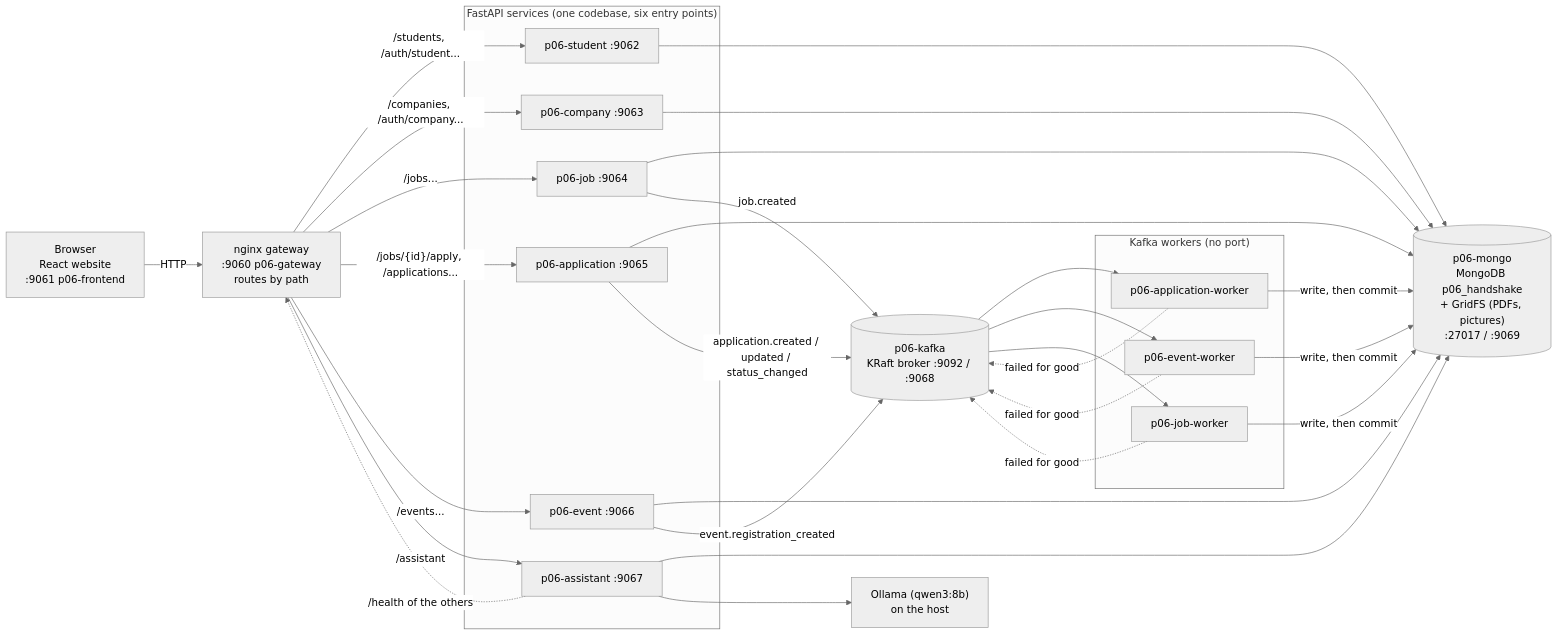
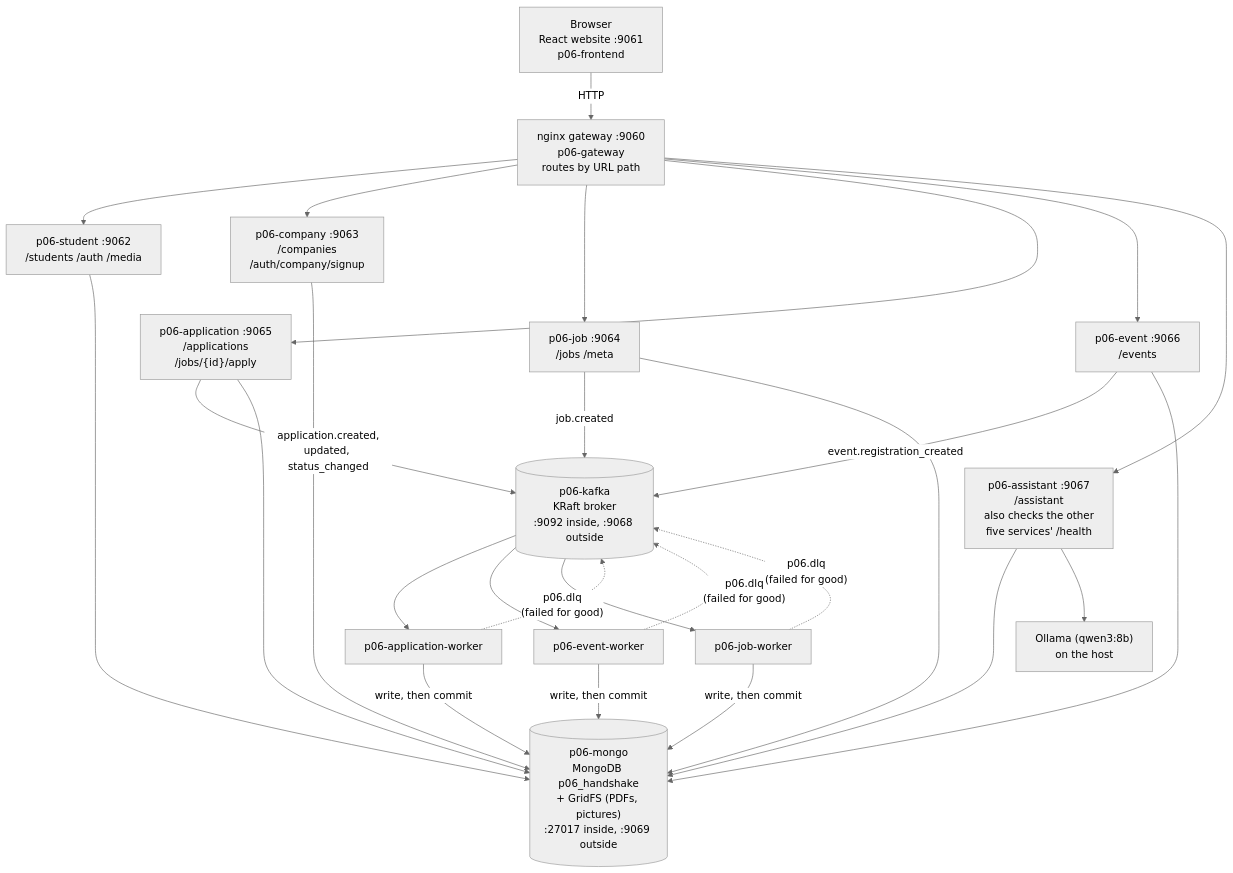
Before and after one commit to UdayPate/data260-pair06: the first of 3 diagrams in docs/lab2/ARCHITECTURE.md, drawn with Mermaid (neutral theme). The commit also changed other lines of this file and 11 other files, not shown here.

Commit message:
Lab 2: my report sections, AI_USE, diagrams fixed and rendered

````diff
--- a/docs/lab2/ARCHITECTURE.md
+++ b/docs/lab2/ARCHITECTURE.md
@@ -7,44 +7,31 @@
 ```mermaid
-flowchart LR
-    browser["Browser<br/>React website<br/>:9061 p06-frontend"]
-    gw["nginx gateway<br/>:9060 p06-gateway<br/>routes by path"]
-
-    subgraph apis["FastAPI services (one codebase, six entry points)"]
-        stu["p06-student :9062"]
-        com["p06-company :9063"]
-        job["p06-job :9064"]
-        app["p06-application :9065"]
-        evt["p06-event :9066"]
-        ai["p06-assistant :9067"]
-    end
-
-    subgraph workers["Kafka workers (no port)"]
-        wa["p06-application-worker"]
-        we["p06-event-worker"]
-        wj["p06-job-worker"]
-    end
-
-    kafka[("p06-kafka<br/>KRaft broker :9092 / :9068")]
-    mongo[("p06-mongo<br/>MongoDB p06_handshake<br/>+ GridFS (PDFs, pictures)<br/>:27017 / :9069")]
+flowchart TB
+    browser["Browser<br/>React website :9061<br/>p06-frontend"]
+    gw["nginx gateway :9060<br/>p06-gateway<br/>routes by URL path"]
+    stu["p06-student :9062<br/>/students /auth /media"]
+    com["p06-company :9063<br/>/companies<br/>/auth/company/signup"]
+    job["p06-job :9064<br/>/jobs /meta"]
+    app["p06-application :9065<br/>/applications<br/>/jobs/{id}/apply"]
+    evt["p06-event :9066<br/>/events"]
+    ai["p06-assistant :9067<br/>/assistant<br/>also checks the other<br/>five services' /health"]
+    kafka[("p06-kafka<br/>KRaft broker<br/>:9092 inside, :9068 outside")]
+    wa["p06-application-worker"]
+    we["p06-event-worker"]
+    wj["p06-job-worker"]
+    mongo[("p06-mongo<br/>MongoDB p06_handshake<br/>+ GridFS (PDFs, pictures)<br/>:27017 inside, :9069 outside")]
     ollama["Ollama (qwen3:8b)<br/>on the host"]
 
-    browser -->|"HTTP"| gw
-    gw -->|"/students, /auth/student..."| stu
-    gw -->|"/companies, /auth/company..."| com
-    gw -->|"/jobs..."| job
-    gw -->|"/jobs/{id}/apply, /applications..."| app
-    gw -->|"/events..."| evt
-    gw -->|"/assistant"| ai
-
-    stu & com & job & app & evt & ai --> mongo
-    ai -.->|"/health of the others"| gw
-    ai --> ollama
-
-    app -->|"application.created / updated / status_changed"| kafka
+    browser -->|HTTP| gw
+    gw --> stu & com & job & app & evt & ai
+    stu ~~~ app
+    com ~~~ evt
+    job ~~~ ai
+    app -->|"application.created,<br/>updated, status_changed"| kafka
     evt -->|"event.registration_created"| kafka
     job -->|"job.created"| kafka
-
     kafka --> wa & we & wj
+    wa & we & wj -.->|"p06.dlq<br/>(failed for good)"| kafka
+    stu & com & job & app & evt & ai --> mongo
     wa & we & wj -->|"write, then commit"| mongo
-    wa & we & wj -.->|"failed for good"| kafka
+    ai --> ollama
 ```
````
